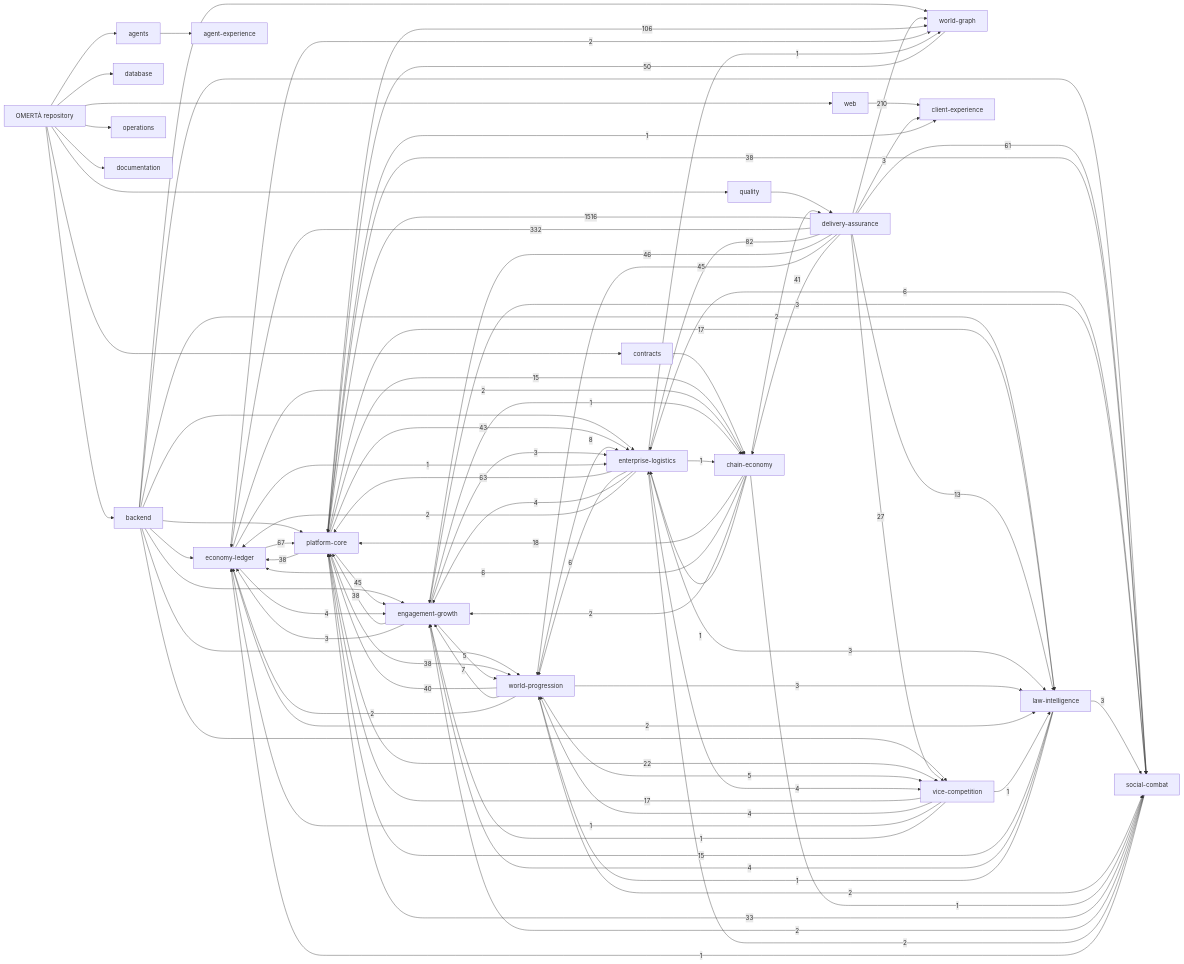
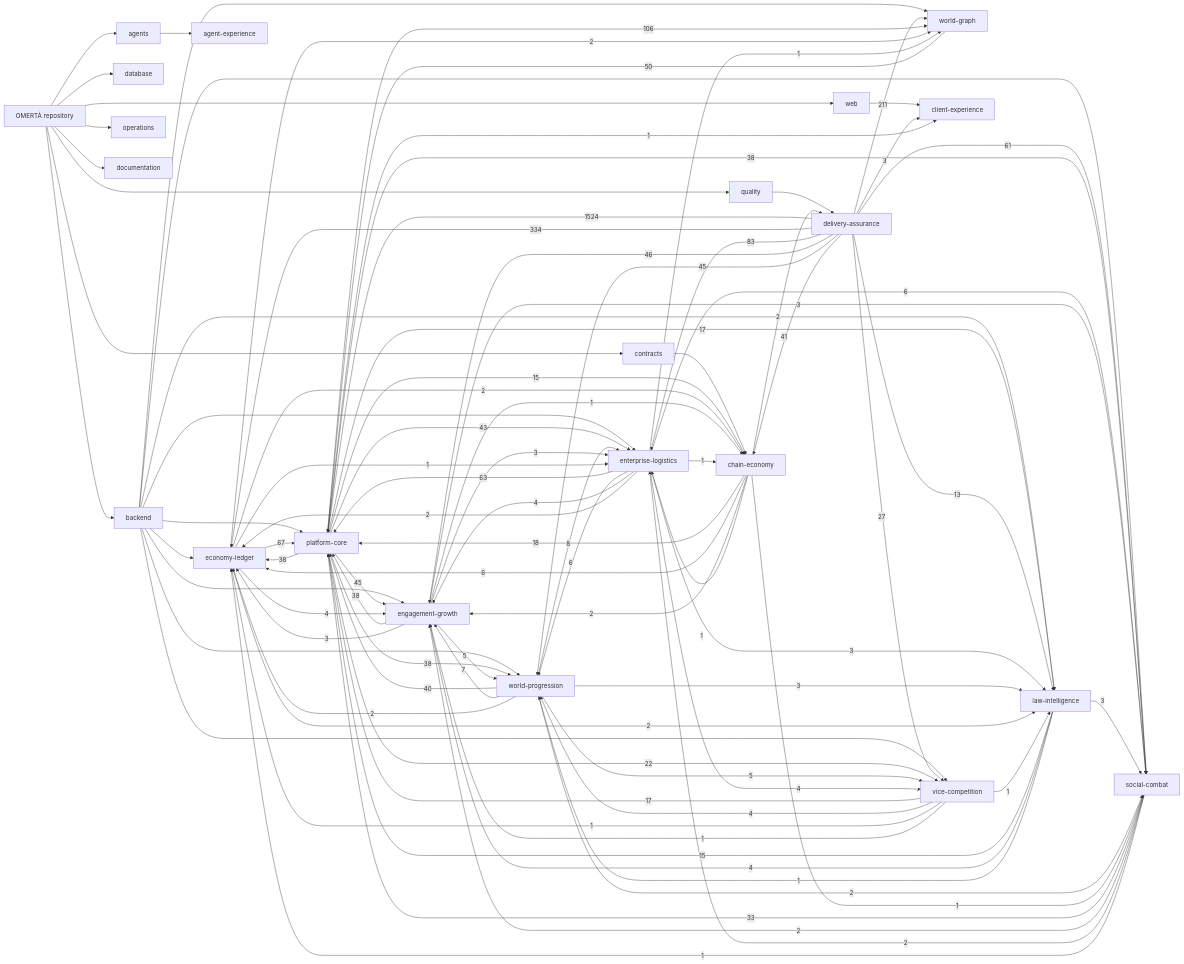
One commit to OmertaDev/Omerta changed the diagram in knowledge/generated/graph.mmd. Above: the diagram before and after it, drawn with Mermaid. The commit also changed 6 other files, not shown here.

```diff
--- a/knowledge/generated/graph.mmd
+++ b/knowledge/generated/graph.mmd
@@ -1,113 +1,113 @@
 flowchart LR
   repo["OMERTÀ repository"]
   sub_backend["backend"]
   repo --> sub_backend
   sub_database["database"]
   repo --> sub_database
   sub_web["web"]
   repo --> sub_web
   sub_contracts["contracts"]
   repo --> sub_contracts
   sub_agents["agents"]
   repo --> sub_agents
   sub_quality["quality"]
   repo --> sub_quality
   sub_operations["operations"]
   repo --> sub_operations
   sub_documentation["documentation"]
   repo --> sub_documentation
   dom_platform-core["platform-core"]
   dom_economy-ledger["economy-ledger"]
   dom_social-combat["social-combat"]
   dom_world-progression["world-progression"]
   dom_world-graph["world-graph"]
   dom_enterprise-logistics["enterprise-logistics"]
   dom_vice-competition["vice-competition"]
   dom_law-intelligence["law-intelligence"]
   dom_chain-economy["chain-economy"]
   dom_engagement-growth["engagement-growth"]
   dom_client-experience["client-experience"]
   dom_agent-experience["agent-experience"]
   dom_delivery-assurance["delivery-assurance"]
   sub_agents --> dom_agent-experience
   sub_backend --> dom_economy-ledger
   sub_backend --> dom_engagement-growth
   sub_backend --> dom_enterprise-logistics
   sub_backend --> dom_law-intelligence
   sub_backend --> dom_platform-core
   sub_backend --> dom_social-combat
   sub_backend --> dom_vice-competition
   sub_backend --> dom_world-graph
   sub_backend --> dom_world-progression
   sub_contracts --> dom_chain-economy
   sub_quality --> dom_delivery-assurance
   sub_web --> dom_client-experience
-  dom_delivery-assurance -->|1516| dom_platform-core
-  dom_delivery-assurance -->|332| dom_economy-ledger
-  dom_delivery-assurance -->|210| dom_world-graph
+  dom_delivery-assurance -->|1524| dom_platform-core
+  dom_delivery-assurance -->|334| dom_economy-ledger
+  dom_delivery-assurance -->|211| dom_world-graph
   dom_platform-core -->|106| dom_world-graph
-  dom_delivery-assurance -->|82| dom_enterprise-logistics
+  dom_delivery-assurance -->|83| dom_enterprise-logistics
   dom_economy-ledger -->|67| dom_platform-core
   dom_enterprise-logistics -->|63| dom_platform-core
   dom_delivery-assurance -->|61| dom_social-combat
   dom_world-graph -->|50| dom_platform-core
   dom_delivery-assurance -->|46| dom_engagement-growth
   dom_delivery-assurance -->|45| dom_world-progression
   dom_platform-core -->|45| dom_engagement-growth
   dom_platform-core -->|43| dom_enterprise-logistics
   dom_delivery-assurance -->|41| dom_chain-economy
   dom_world-progression -->|40| dom_platform-core
   dom_engagement-growth -->|38| dom_platform-core
   dom_platform-core -->|38| dom_economy-ledger
   dom_platform-core -->|38| dom_social-combat
   dom_platform-core -->|38| dom_world-progression
   dom_social-combat -->|33| dom_platform-core
   dom_delivery-assurance -->|27| dom_vice-competition
   dom_platform-core -->|22| dom_vice-competition
   dom_chain-economy -->|18| dom_platform-core
   dom_platform-core -->|17| dom_law-intelligence
   dom_vice-competition -->|17| dom_platform-core
   dom_law-intelligence -->|15| dom_platform-core
   dom_platform-core -->|15| dom_chain-economy
   dom_delivery-assurance -->|13| dom_law-intelligence
   dom_world-progression -->|8| dom_enterprise-logistics
   dom_world-progression -->|7| dom_engagement-growth
   dom_chain-economy -->|6| dom_economy-ledger
   dom_enterprise-logistics -->|6| dom_social-combat
   dom_enterprise-logistics -->|6| dom_world-progression
   dom_engagement-growth -->|5| dom_world-progression
   dom_world-progression -->|5| dom_vice-competition
   dom_economy-ledger -->|4| dom_engagement-growth
   dom_enterprise-logistics -->|4| dom_engagement-growth
   dom_enterprise-logistics -->|4| dom_vice-competition
   dom_law-intelligence -->|4| dom_engagement-growth
   dom_vice-competition -->|4| dom_world-progression
   dom_delivery-assurance -->|3| dom_client-experience
   dom_engagement-growth -->|3| dom_economy-ledger
   dom_engagement-growth -->|3| dom_enterprise-logistics
   dom_engagement-growth -->|3| dom_social-combat
   dom_enterprise-logistics -->|3| dom_law-intelligence
   dom_law-intelligence -->|3| dom_social-combat
   dom_world-progression -->|3| dom_law-intelligence
   dom_chain-economy -->|2| dom_delivery-assurance
   dom_chain-economy -->|2| dom_engagement-growth
   dom_economy-ledger -->|2| dom_chain-economy
   dom_economy-ledger -->|2| dom_law-intelligence
   dom_economy-ledger -->|2| dom_world-graph
   dom_enterprise-logistics -->|2| dom_economy-ledger
   dom_social-combat -->|2| dom_engagement-growth
   dom_social-combat -->|2| dom_enterprise-logistics
   dom_world-progression -->|2| dom_economy-ledger
   dom_world-progression -->|2| dom_social-combat
   dom_chain-economy -->|1| dom_enterprise-logistics
   dom_chain-economy -->|1| dom_social-combat
   dom_economy-ledger -->|1| dom_enterprise-logistics
   dom_engagement-growth -->|1| dom_chain-economy
   dom_enterprise-logistics -->|1| dom_chain-economy
   dom_enterprise-logistics -->|1| dom_world-graph
   dom_law-intelligence -->|1| dom_world-progression
   dom_platform-core -->|1| dom_client-experience
   dom_social-combat -->|1| dom_economy-ledger
   dom_vice-competition -->|1| dom_economy-ledger
   dom_vice-competition -->|1| dom_engagement-growth
   dom_vice-competition -->|1| dom_law-intelligence
```
